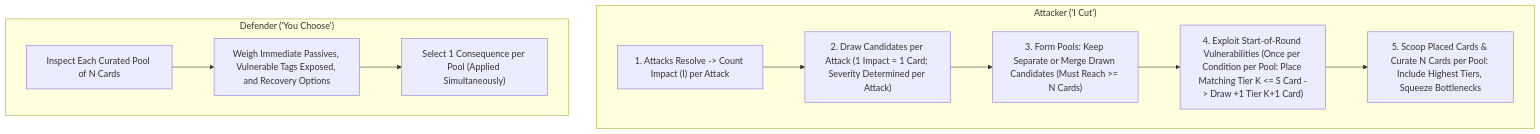
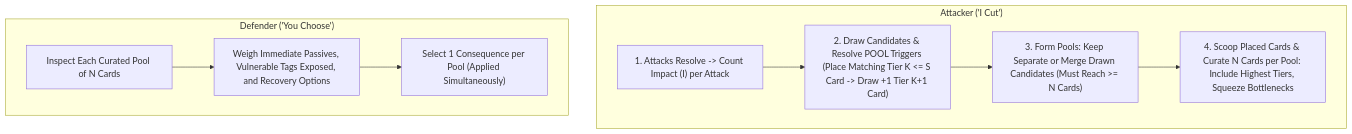
The diagram in design/iteration/resolution/candidates/consequence-pool-tag-escalation/players-guide-patch.md (tdimiduk/cardpg), drawn with Mermaid before and after one commit. The commit also changed other lines of this file and 7 other files, not shown here.

````diff
--- a/design/iteration/resolution/candidates/consequence-pool-tag-escalation/players-guide-patch.md
+++ b/design/iteration/resolution/candidates/consequence-pool-tag-escalation/players-guide-patch.md
@@ -126,14 +121,13 @@
 ```mermaid
 flowchart TD
     subgraph Attacker Decision ["Attacker ('I Cut')"]
-        A1["1. Attacks Resolve -> Count Impact (I) per Attack"] --> A2["2. Draw Candidates per Attack (1 Impact = 1 Card; Severity Determined per Attack)"]
+        A1["1. Attacks Resolve -> Count Impact (I) per Attack"] --> A2["2. Draw Candidates & Resolve POOL Triggers (Place Matching Tier K <= S Card -> Draw +1 Tier K+1 Card)"]
         A2 --> A3["3. Form Pools: Keep Separate or Merge Drawn Candidates (Must Reach >= N Cards)"]
-        A3 --> A4["4. Exploit Start-of-Round Vulnerabilities (Once per Condition per Pool: Place Matching Tier K <= S Card -> Draw +1 Tier K+1 Card)"]
-        A4 --> A5["5. Scoop Placed Cards & Curate N Cards per Pool: Include Highest Tiers, Squeeze Bottlenecks"]
+        A3 --> A4["4. Scoop Placed Cards & Curate N Cards per Pool: Include Highest Tiers, Squeeze Bottlenecks"]
     end
 
     subgraph Defender Decision ["Defender ('You Choose')"]
         D1["Inspect Each Curated Pool of N Cards"] --> D2["Weigh Immediate Passives, Vulnerable Tags Exposed, and Recovery Options"]
         D2 --> D3["Select 1 Consequence per Pool (Applied Simultaneously)"]
     end
 ```
````
